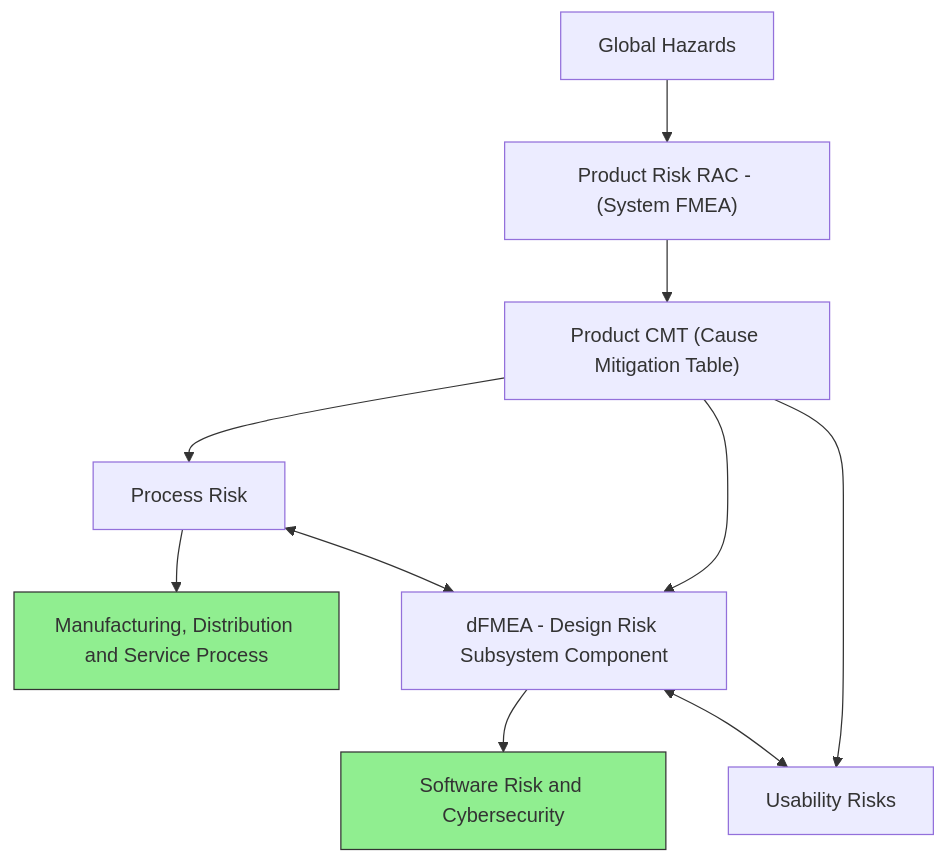
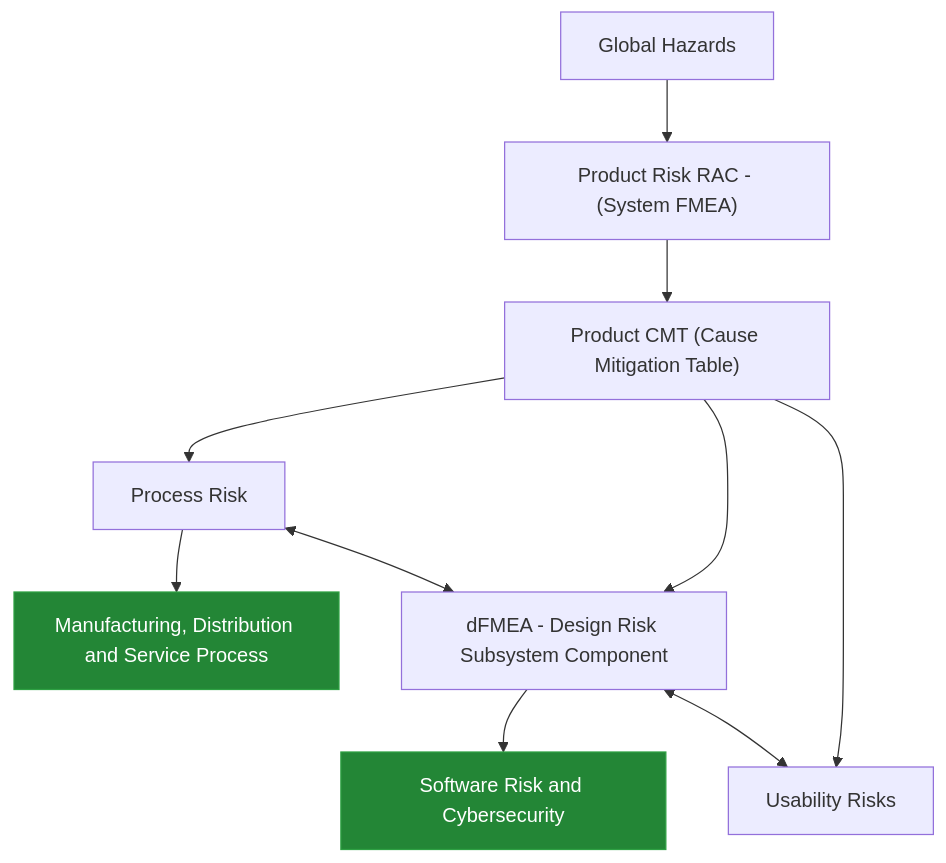
One commit to amandewatnitrr/hacking-tutorial changed the diagram in FMEA/chapter-01.md. Above: the diagram before and after it, drawn with Mermaid.

Commit message:
New Section Added -> FMEA

````diff
--- a/FMEA/chapter-01.md
+++ b/FMEA/chapter-01.md
@@ -25,17 +25,17 @@
 ```mermaid
 graph TD
     GH["Global Hazards"] --> PR["Product Risk RAC - (System FMEA)"]
     PR --> CMT["Product CMT (Cause Mitigation Table)"]
     CMT --> PRO["Process Risk"]
     CMT --> DES["dFMEA - Design Risk Subsystem Component"]
     CMT --> USA["Usability Risks"]
     
     PRO --> MDS["Manufacturing, Distribution and Service Process"]
     DES --> SRC["Software Risk and Cybersecurity"]
     
     PRO <--> DES
     DES <--> USA
     
-    style SRC fill:#90EE90,stroke:#333,stroke-width:1px
-    style MDS fill:#90EE90,stroke:#333,stroke-width:1px
+    style SRC fill:#238636,color:#ffffff,stroke:#2ea043,stroke-width:1px
+    style MDS fill:#238636,color:#ffffff,stroke:#2ea043,stroke-width:1px
 ```
````
